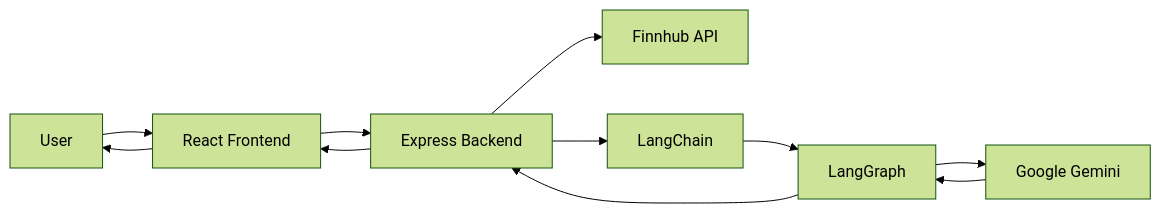
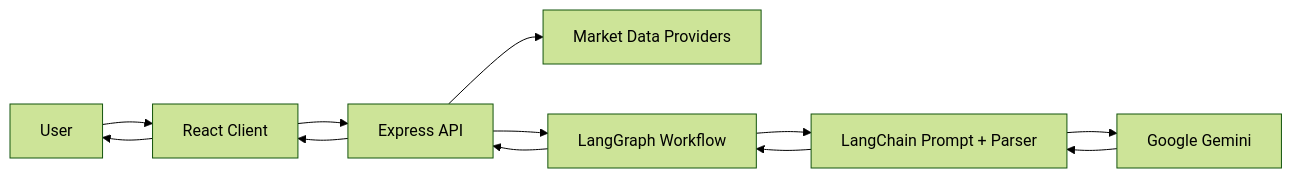
Before and after one commit to aeyushhh23/AI_Investmen_Research: the first of 4 diagrams in README.md, drawn with Mermaid (forest theme). The commit also changed other lines of this file, not shown here.

````diff
--- a/README.md
+++ b/README.md
@@ -183,25 +147,14 @@
 ```mermaid
 flowchart LR
-
-A[User]
-
-A --> B[React Frontend]
-
-B --> C[Express Backend]
-
-C --> D[Finnhub API]
-
-C --> E[LangChain]
-
-E --> F[LangGraph]
-
-F --> G[Google Gemini]
-
-G --> F
-
-F --> C
-
-C --> B
-
-B --> A
+    User["User"] --> Client["React Client"]
+    Client --> API["Express API"]
+    API --> Providers["Market Data Providers"]
+    API --> Graph["LangGraph Workflow"]
+    Graph --> Chain["LangChain Prompt + Parser"]
+    Chain --> Gemini["Google Gemini"]
+    Gemini --> Chain
+    Chain --> Graph
+    Graph --> API
+    API --> Client
+    Client --> User
 ```
````
